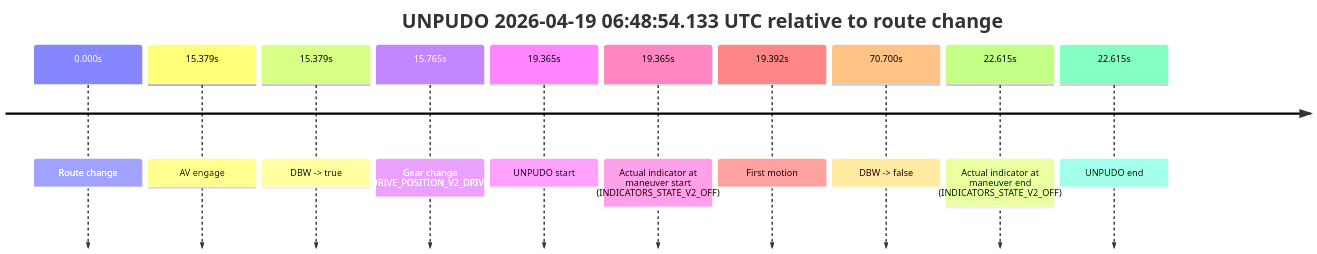
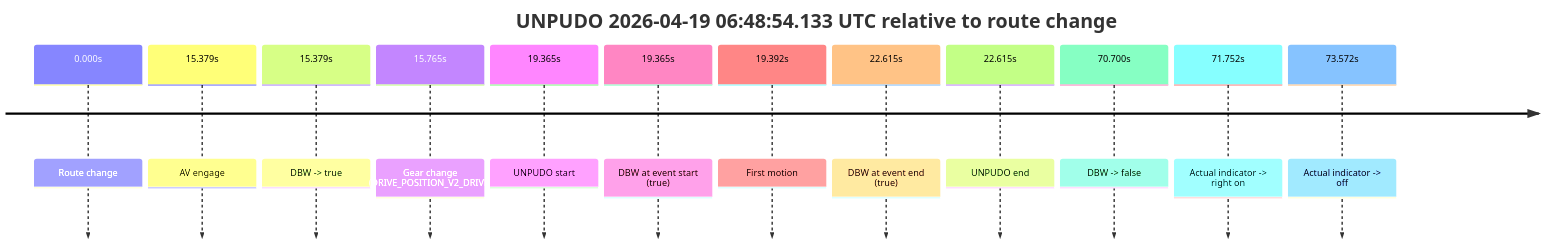
One commit to yoelshapiro/vault changed the second of 5 diagrams in model_analysis/report_cards/2026/04/Week-3/fme20009--2026-04-19--05-51-41--gen2-av-de5cf318-085d-434c-bbad-44a85d521e9e.md. Above: the diagram before and after it, drawn with Mermaid. The commit also changed other lines of this file and 32 other files, not shown here.

````diff
--- a/model_analysis/report_cards/2026/04/Week-3/fme20009--2026-04-19--05-51-41--gen2-av-de5cf318-085d-434c-bbad-44a85d521e9e.md
+++ b/model_analysis/report_cards/2026/04/Week-3/fme20009--2026-04-19--05-51-41--gen2-av-de5cf318-085d-434c-bbad-44a85d521e9e.md
@@ -803,14 +134,16 @@
 ```mermaid
 timeline
     title UNPUDO 2026-04-19 06:48:54.133 UTC relative to route change
     0.000s : Route change
     15.379s : AV engage
     15.379s : DBW -> true
     15.765s : Gear change (DRIVE_POSITION_V2_DRIVE)
     19.365s : UNPUDO start
-    19.365s : Actual indicator at maneuver start (INDICATORS_STATE_V2_OFF)
+    19.365s : DBW at event start (true)
     19.392s : First motion
+    22.615s : DBW at event end (true)
+    22.615s : UNPUDO end
     70.700s : DBW -> false
-    22.615s : Actual indicator at maneuver end (INDICATORS_STATE_V2_OFF)
-    22.615s : UNPUDO end
+    71.752s : Actual indicator -> right on
+    73.572s : Actual indicator -> off
 ```
````
